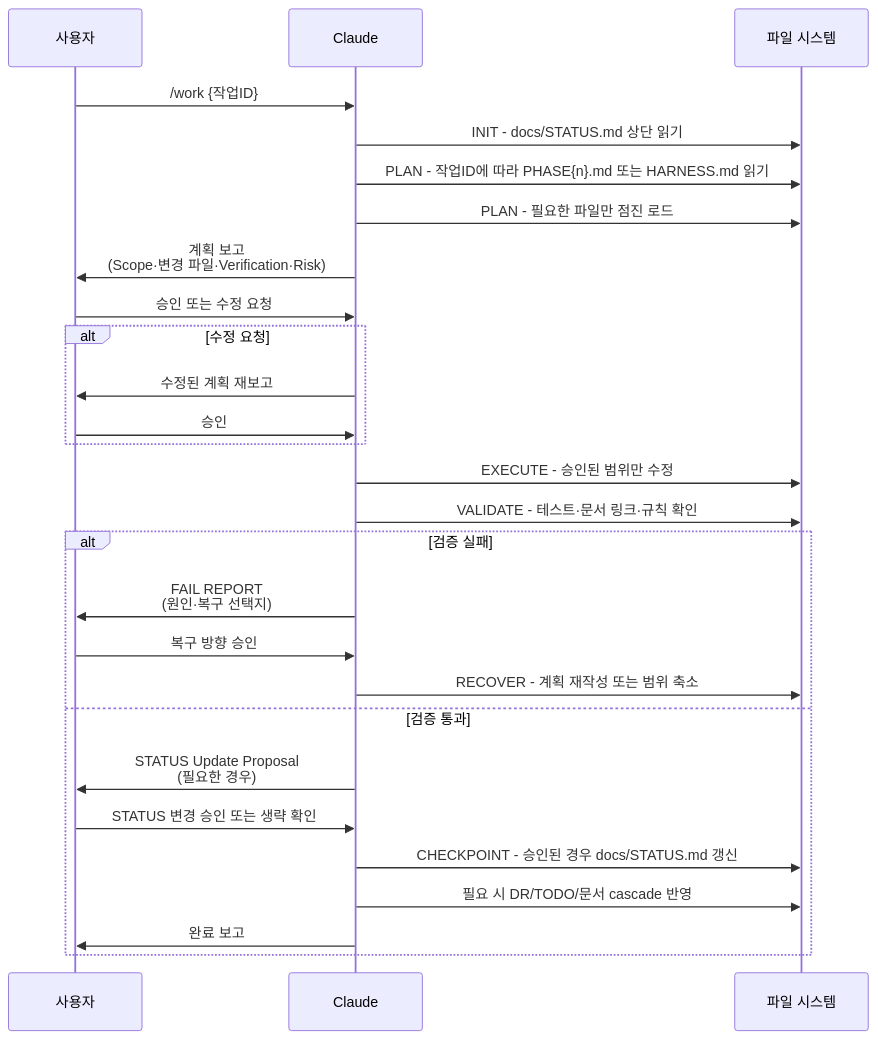
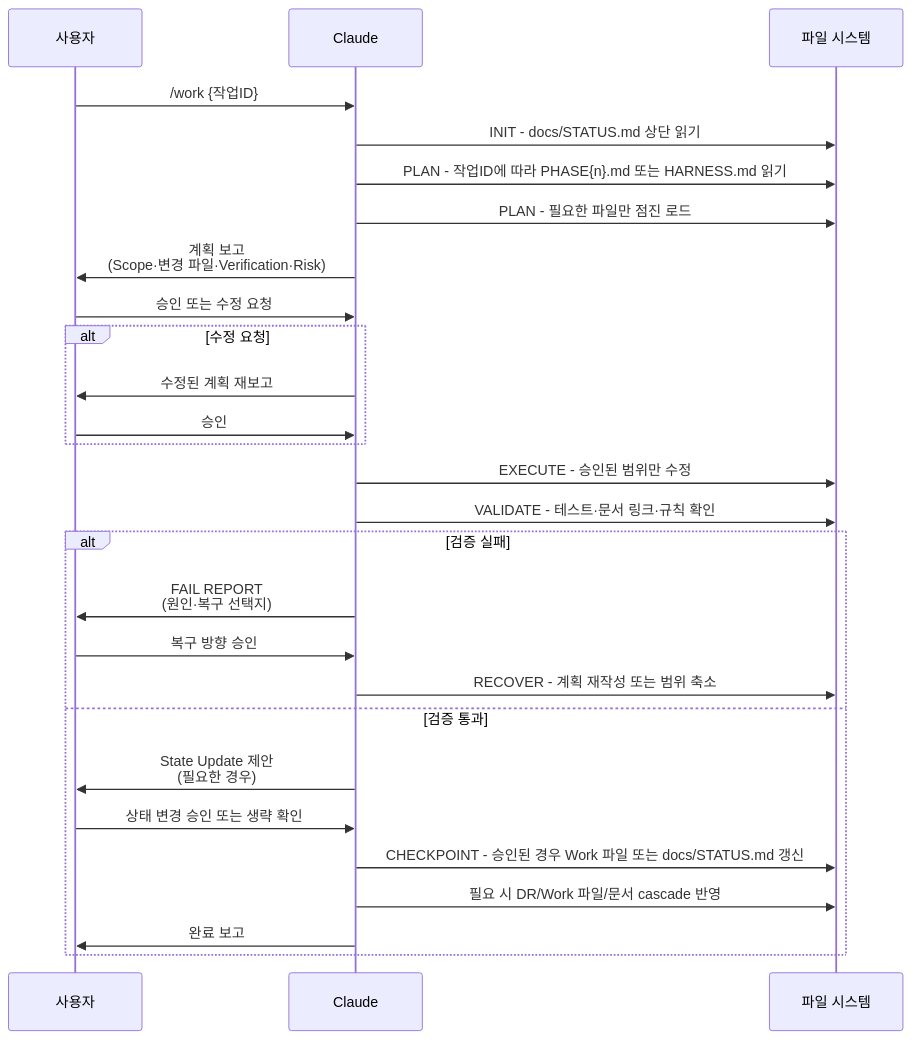
Before and after one commit to kyungseo/ai-workflow-harness: the eighth of 13 diagrams in docs/WORKFLOW-MANUAL.md, drawn with Mermaid. The commit also changed other lines of this file and 46 other files, not shown here.

````diff
--- a/docs/WORKFLOW-MANUAL.md
+++ b/docs/WORKFLOW-MANUAL.md
@@ -635,33 +664,33 @@
 ```mermaid
 sequenceDiagram
     participant U as 사용자
     participant C as Claude
     participant F as 파일 시스템
 
     U->>C: /work {작업ID}
     C->>F: INIT - docs/STATUS.md 상단 읽기
     C->>F: PLAN - 작업ID에 따라 PHASE{n}.md 또는 HARNESS.md 읽기
     C->>F: PLAN - 필요한 파일만 점진 로드
     C->>U: 계획 보고<br/>(Scope·변경 파일·Verification·Risk)
     U->>C: 승인 또는 수정 요청
 
     alt 수정 요청
         C->>U: 수정된 계획 재보고
         U->>C: 승인
     end
 
     C->>F: EXECUTE - 승인된 범위만 수정
     C->>F: VALIDATE - 테스트·문서 링크·규칙 확인
 
     alt 검증 실패
         C->>U: FAIL REPORT<br/>(원인·복구 선택지)
         U->>C: 복구 방향 승인
         C->>F: RECOVER - 계획 재작성 또는 범위 축소
     else 검증 통과
-        C->>U: STATUS Update Proposal<br/>(필요한 경우)
-        U->>C: STATUS 변경 승인 또는 생략 확인
-        C->>F: CHECKPOINT - 승인된 경우 docs/STATUS.md 갱신
-        C->>F: 필요 시 DR/TODO/문서 cascade 반영
+        C->>U: State Update 제안<br/>(필요한 경우)
+        U->>C: 상태 변경 승인 또는 생략 확인
+        C->>F: CHECKPOINT - 승인된 경우 Work 파일 또는 docs/STATUS.md 갱신
+        C->>F: 필요 시 DR/Work 파일/문서 cascade 반영
         C->>U: 완료 보고
     end
 ```
````
